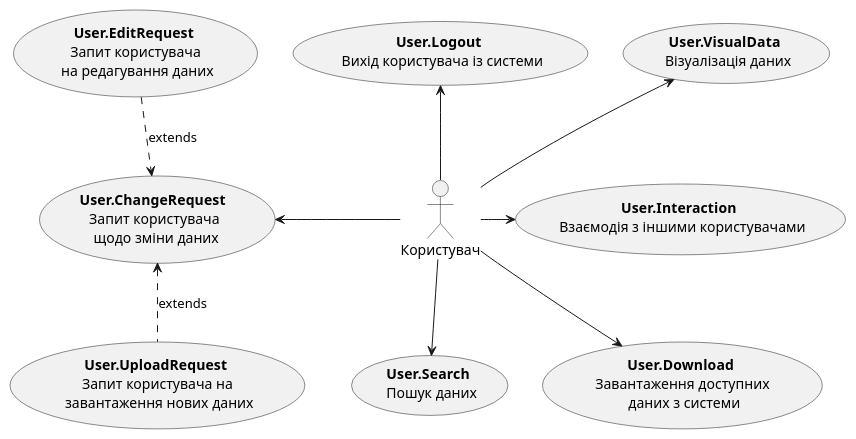
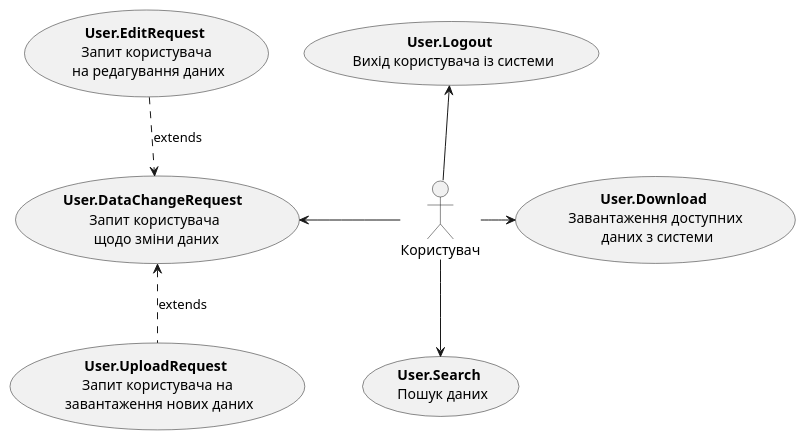
One commit to stvake/database_group2 changed the third of 14 diagrams in docs/use cases/README.md. Above: the diagram before and after it, drawn with PlantUML. The commit also changed other lines of this file, not shown here.

Commit message:
Зміна діаграми користувача

```diff
--- a/docs/use cases/README.md
+++ b/docs/use cases/README.md
@@ -89,24 +89,20 @@
 @startuml
 
-actor "Користувач" as User
+    actor "Користувач" as User
 
-usecase "<b>User.Logout<b> \n Вихід користувача із системи" as UL
-usecase "<b>User.Search<b> \n Пошук даних" as US
-usecase "<b>User.Download<b> \n Завантаження доступних \n даних з системи" as UD
-usecase "<b>User.Interaction<b> \n Взаємодія з іншими користувачами" as UI
-usecase "<b>User.ChangeRequest<b> \n Запит користувача \n щодо зміни даних" as UCR
-usecase "<b>User.VisualData<b> \n Візуалізація даних" as UVD
-usecase "<b>User.UploadRequest<b> \n Запит користувача на \n завантаження нових даних" as UUR
-usecase "<b>User.EditRequest<b> \n Запит користувача \n на редагування даних" as UER
+    usecase "<b>User.Logout<b> \n Вихід користувача із системи" as UL
+    usecase "<b>User.Search<b> \n Пошук даних" as US
+    usecase "<b>User.Download<b> \n Завантаження доступних \n даних з системи" as UD
+    usecase "<b>User.DataChangeRequest<b> \n Запит користувача \n щодо зміни даних" as UCR
+    usecase "<b>User.UploadRequest<b> \n Запит користувача на \n завантаження нових даних" as UUR
+    usecase "<b>User.EditRequest<b> \n Запит користувача \n на редагування даних" as UER
 
-User -r-> UI
-User -u-> UVD
-User -u-> UL
-User -d-> US
-User -l-> UCR
-User -d-> UD
+    User -u-> UL
+    User -d-> US
+    User -l-> UCR
+    User -r-> UD
 
-UUR .u.> UCR:extends
-UER .d.> UCR:extends
+    UUR .u.> UCR:extends
+    UER .d.> UCR:extends
 
 @enduml
```
